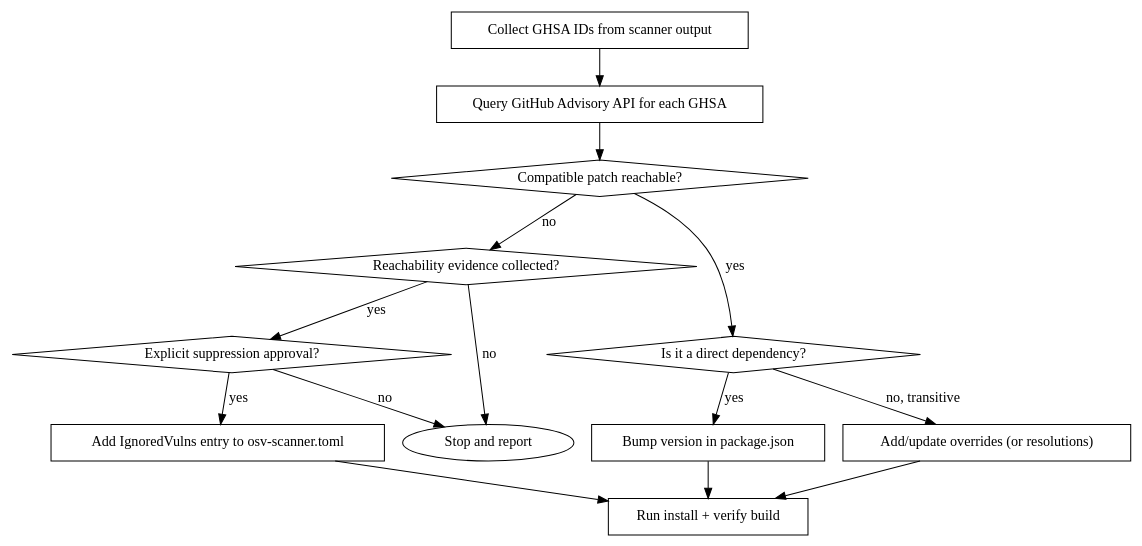
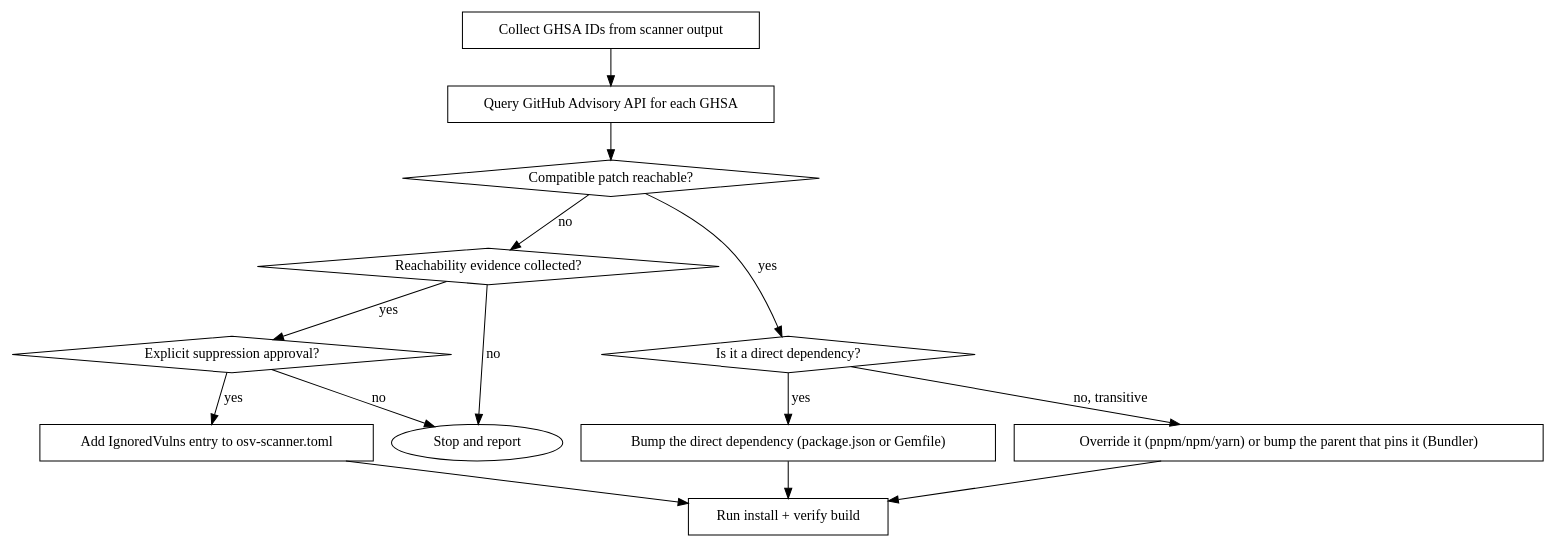
One commit to AndrewDongminYoo/cc-agents-kit changed the diagram in plugins/repo-gate/skills/fix-osv-vulnerabilities/SKILL.md. Above: the diagram before and after it, drawn with Graphviz. The commit also changed other lines of this file, not shown here.

Commit message:
fix(repo-gate): route Bundler through the workflow and stop the parent where selected
Three review findings on the Bundler section, all confirmed against the
text and against `bundle lock --help` on Bundler 4.0.18:

- The workflow diagram still sent every direct dependency to
  package.json and every transitive one to overrides. Both nodes now
  name the Bundler action as well.
- The version listing cut to the six newest releases, which cannot find
  a requirement transition further back. It now lists every stable
  release oldest first and says to read past the first admitting
  release, since a later one can tighten the requirement again.
- `bundle lock --update <parent>` defaults to `--major` and moves the
  parent to the newest release the Gemfile admits, not to the one
  selected (the worked case landed on fastlane 2.240.1, not 2.240.0).
  The section now says to check the release actually resolved, and to
  narrow the Gemfile constraint when the newest is further than wanted.

````diff
--- a/plugins/repo-gate/skills/fix-osv-vulnerabilities/SKILL.md
+++ b/plugins/repo-gate/skills/fix-osv-vulnerabilities/SKILL.md
@@ -18,28 +18,28 @@
 ```dot
 digraph fix_osv {
     "Collect GHSA IDs from scanner output" [shape=box];
     "Query GitHub Advisory API for each GHSA" [shape=box];
     "Compatible patch reachable?" [shape=diamond];
     "Reachability evidence collected?" [shape=diamond];
     "Explicit suppression approval?" [shape=diamond];
     "Is it a direct dependency?" [shape=diamond];
-    "Bump version in package.json" [shape=box];
-    "Add/update overrides (or resolutions)" [shape=box];
+    "Bump the direct dependency (package.json or Gemfile)" [shape=box];
+    "Override it (pnpm/npm/yarn) or bump the parent that pins it (Bundler)" [shape=box];
     "Add IgnoredVulns entry to osv-scanner.toml" [shape=box];
     "Run install + verify build" [shape=box];
 
     "Collect GHSA IDs from scanner output" -> "Query GitHub Advisory API for each GHSA";
     "Query GitHub Advisory API for each GHSA" -> "Compatible patch reachable?";
     "Compatible patch reachable?" -> "Is it a direct dependency?" [label="yes"];
     "Compatible patch reachable?" -> "Reachability evidence collected?" [label="no"];
     "Reachability evidence collected?" -> "Explicit suppression approval?" [label="yes"];
     "Reachability evidence collected?" -> "Stop and report" [label="no"];
     "Explicit suppression approval?" -> "Add IgnoredVulns entry to osv-scanner.toml" [label="yes"];
     "Explicit suppression approval?" -> "Stop and report" [label="no"];
-    "Is it a direct dependency?" -> "Bump version in package.json" [label="yes"];
-    "Is it a direct dependency?" -> "Add/update overrides (or resolutions)" [label="no, transitive"];
-    "Bump version in package.json" -> "Run install + verify build";
-    "Add/update overrides (or resolutions)" -> "Run install + verify build";
+    "Is it a direct dependency?" -> "Bump the direct dependency (package.json or Gemfile)" [label="yes"];
+    "Is it a direct dependency?" -> "Override it (pnpm/npm/yarn) or bump the parent that pins it (Bundler)" [label="no, transitive"];
+    "Bump the direct dependency (package.json or Gemfile)" -> "Run install + verify build";
+    "Override it (pnpm/npm/yarn) or bump the parent that pins it (Bundler)" -> "Run install + verify build";
     "Add IgnoredVulns entry to osv-scanner.toml" -> "Run install + verify build";
 }
 ```
````
